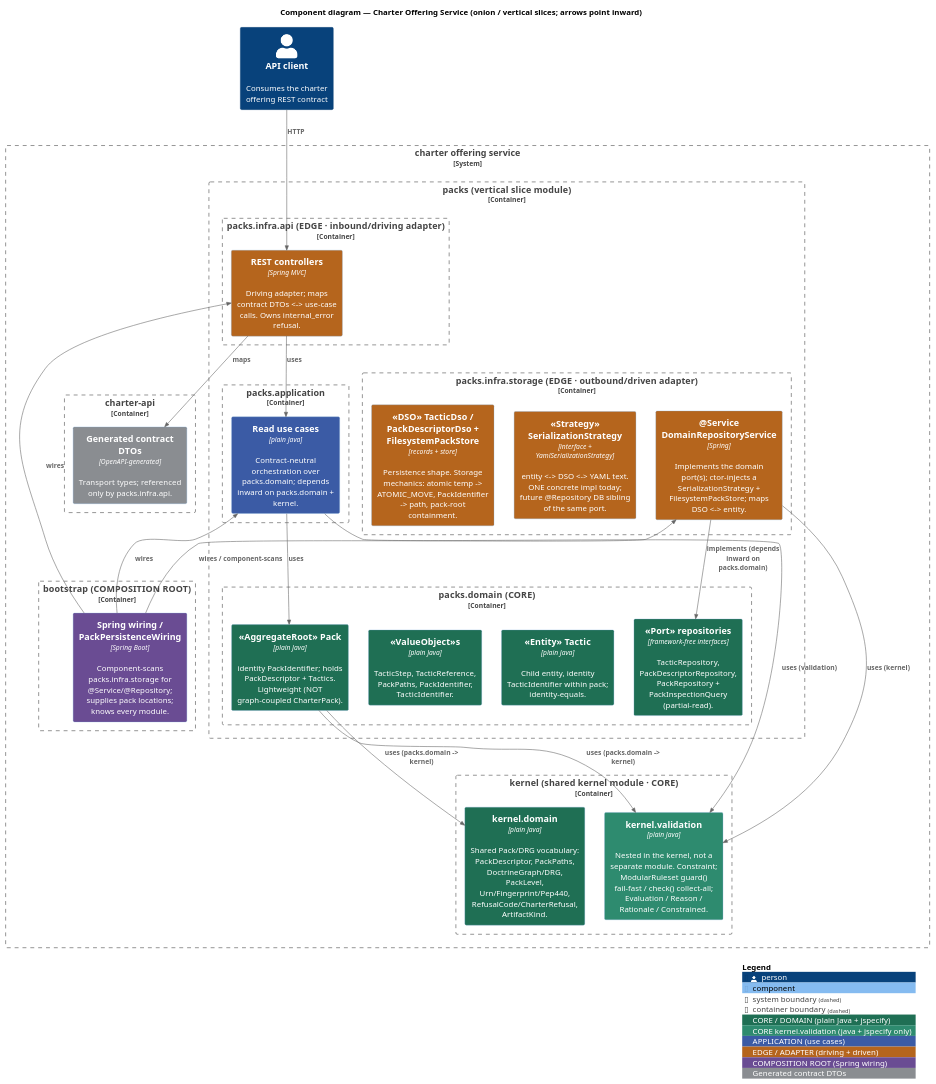
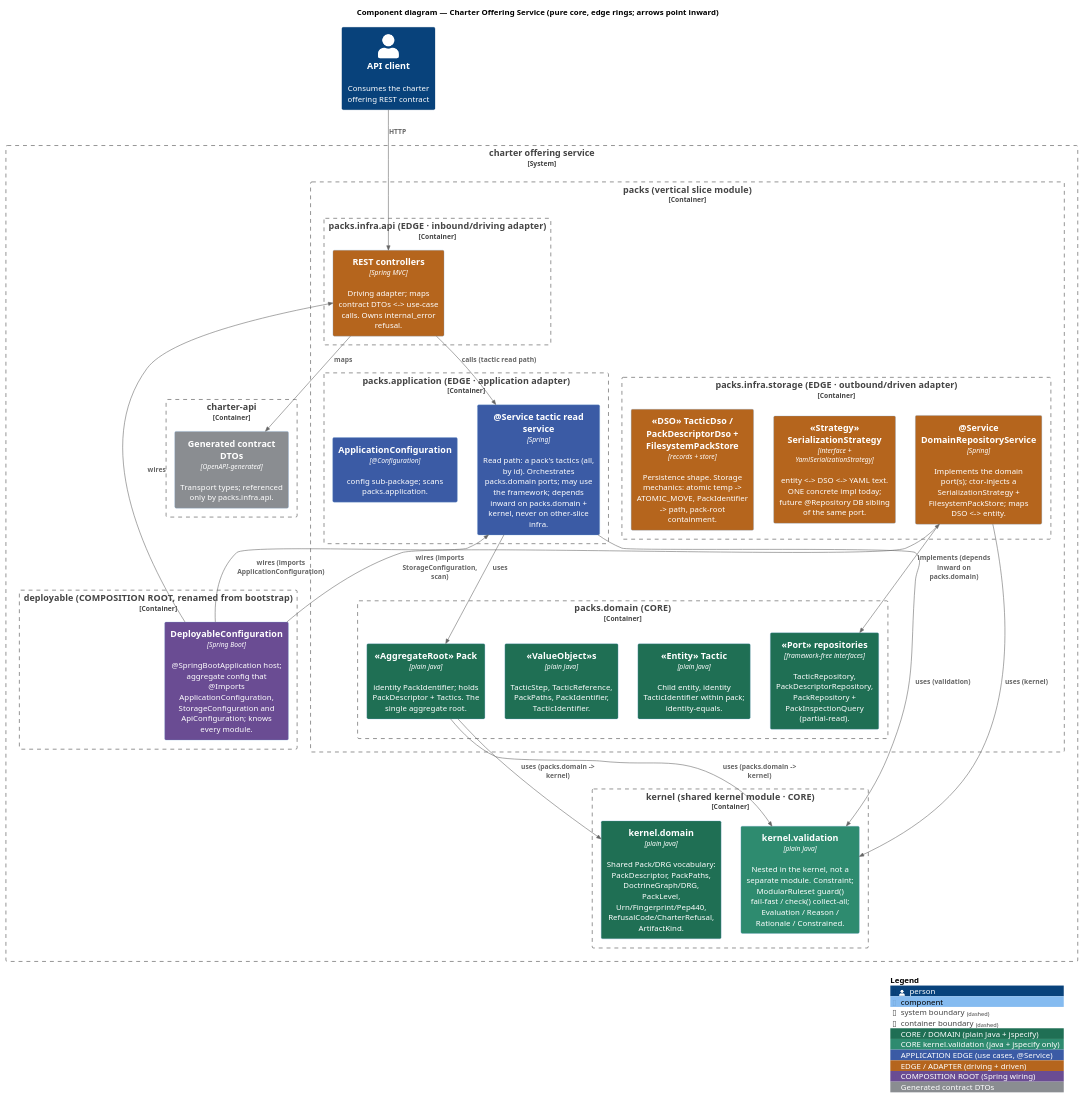
One commit to spec-kitty/spec-kitty-charter changed the diagram in docs/architecture/diagrams/c4-components.puml. Above: the diagram before and after it, drawn with PlantUML. The commit also changed 10 other files, not shown here.

First line of the commit message:
docs: ADR-0006 revision + DDD/architecture docs for application-as-edge

```diff
--- a/docs/architecture/diagrams/c4-components.puml
+++ b/docs/architecture/diagrams/c4-components.puml
@@ -1,71 +1,72 @@
 @startuml c4-components
 !include https://raw.githubusercontent.com/plantuml-stdlib/C4-PlantUML/v2.11.0/C4_Component.puml
 
-title Component diagram — Charter Offering Service (onion / vertical slices; arrows point inward)
+title Component diagram — Charter Offering Service (pure core, edge rings; arrows point inward)
 
 AddElementTag("core",        $bgColor="#1f6f54", $fontColor="#ffffff", $legendText="CORE / DOMAIN (plain Java + jspecify)")
 AddElementTag("validation",  $bgColor="#2e8b6f", $fontColor="#ffffff", $legendText="CORE kernel.validation (java + jspecify only)")
-AddElementTag("app",         $bgColor="#3b5ba5", $fontColor="#ffffff", $legendText="APPLICATION (use cases)")
+AddElementTag("app",         $bgColor="#3b5ba5", $fontColor="#ffffff", $legendText="APPLICATION EDGE (use cases, @Service)")
 AddElementTag("edge",        $bgColor="#b5651d", $fontColor="#ffffff", $legendText="EDGE / ADAPTER (driving + driven)")
 AddElementTag("root",        $bgColor="#6a4c93", $fontColor="#ffffff", $legendText="COMPOSITION ROOT (Spring wiring)")
 AddElementTag("contract",    $bgColor="#8a8d91", $fontColor="#ffffff", $legendText="Generated contract DTOs")
 
 Person(client, "API client", "Consumes the charter offering REST contract")
 
 System_Boundary(svc, "charter offering service") {
 
   Container_Boundary(kernel, "kernel  (shared kernel module · CORE)") {
     Component(kdomain, "kernel.domain", "plain Java", "Shared Pack/DRG vocabulary: PackDescriptor, PackPaths, DoctrineGraph/DRG, PackLevel, Urn/Fingerprint/Pep440, RefusalCode/CharterRefusal, ArtifactKind.", $tags="core")
     Component(kval, "kernel.validation", "plain Java", "Nested in the kernel, not a separate module. Constraint; ModularRuleset guard() fail-fast / check() collect-all; Evaluation / Reason / Rationale / Constrained.", $tags="validation")
   }
 
   Container_Boundary(packs, "packs  (vertical slice module)") {
 
     Container_Boundary(pdomain, "packs.domain  (CORE)") {
-      Component(pack, "«AggregateRoot» Pack", "plain Java", "identity PackIdentifier; holds PackDescriptor + Tactics. Lightweight (NOT graph-coupled CharterPack).", $tags="core")
+      Component(pack, "«AggregateRoot» Pack", "plain Java", "identity PackIdentifier; holds PackDescriptor + Tactics. The single aggregate root.", $tags="core")
       Component(tactic, "«Entity» Tactic", "plain Java", "Child entity, identity TacticIdentifier within pack; identity-equals.", $tags="core")
       Component(vos, "«ValueObject»s", "plain Java", "TacticStep, TacticReference, PackPaths, PackIdentifier, TacticIdentifier.", $tags="core")
       Component(ports, "«Port» repositories", "framework-free interfaces", "TacticRepository, PackDescriptorRepository, PackRepository + PackInspectionQuery (partial-read).", $tags="core")
     }
 
-    Container_Boundary(papp, "packs.application") {
-      Component(usecases, "Read use cases", "plain Java", "Contract-neutral orchestration over packs.domain; depends inward on packs.domain + kernel.", $tags="app")
+    Container_Boundary(papp, "packs.application  (EDGE · application adapter)") {
+      Component(usecases, "@Service tactic read service", "Spring", "Read path: a pack's tactics (all, by id). Orchestrates packs.domain ports; may use the framework; depends inward on packs.domain + kernel, never on other-slice infra.", $tags="app")
+      Component(appcfg, "ApplicationConfiguration", "@Configuration", "config sub-package; scans packs.application.", $tags="app")
     }
 
     Container_Boundary(pstore, "packs.infra.storage  (EDGE · outbound/driven adapter)") {
       Component(reposvc, "@Service DomainRepositoryService", "Spring", "Implements the domain port(s); ctor-injects a SerializationStrategy + FilesystemPackStore; maps DSO <-> entity.", $tags="edge")
       Component(strategy, "«Strategy» SerializationStrategy", "interface + YamlSerializationStrategy", "entity <-> DSO <-> YAML text. ONE concrete impl today; future @Repository DB sibling of the same port.", $tags="edge")
       Component(dso, "«DSO» TacticDso / PackDescriptorDso + FilesystemPackStore", "records + store", "Persistence shape. Storage mechanics: atomic temp -> ATOMIC_MOVE, PackIdentifier -> path, pack-root containment.", $tags="edge")
     }
 
     Container_Boundary(papi, "packs.infra.api  (EDGE · inbound/driving adapter)") {
       Component(rest, "REST controllers", "Spring MVC", "Driving adapter; maps contract DTOs <-> use-case calls. Owns internal_error refusal.", $tags="edge")
     }
   }
 
   Container_Boundary(apibnd, "charter-api") {
     Component(apidto, "Generated contract DTOs", "OpenAPI-generated", "Transport types; referenced only by packs.infra.api.", $tags="contract")
   }
 
-  Container_Boundary(rootb, "bootstrap  (COMPOSITION ROOT)") {
-    Component(boot, "Spring wiring / PackPersistenceWiring", "Spring Boot", "Component-scans packs.infra.storage for @Service/@Repository; supplies pack locations; knows every module.", $tags="root")
+  Container_Boundary(rootb, "deployable  (COMPOSITION ROOT, renamed from bootstrap)") {
+    Component(boot, "DeployableConfiguration", "Spring Boot", "@SpringBootApplication host; aggregate config that @Imports ApplicationConfiguration, StorageConfiguration and ApiConfiguration; knows every module.", $tags="root")
   }
 }
 
 Rel(client, rest, "HTTP")
 
-Rel(rest, usecases, "uses")
+Rel(rest, usecases, "calls (tactic read path)")
 Rel(rest, apidto, "maps")
 Rel_Down(usecases, pack, "uses")
 Rel_Down(usecases, kval, "uses (validation)")
 Rel_Down(pack, kval, "uses (packs.domain -> kernel)")
 Rel_Down(pack, kdomain, "uses (packs.domain -> kernel)")
 Rel(reposvc, ports, "implements (depends inward on packs.domain)")
 Rel(reposvc, kval, "uses (kernel)")
 
 Rel_U(boot, rest, "wires")
-Rel_U(boot, usecases, "wires")
-Rel_U(boot, reposvc, "wires / component-scans")
+Rel_U(boot, usecases, "wires (imports ApplicationConfiguration)")
+Rel_U(boot, reposvc, "wires (imports StorageConfiguration, scan)")
 
 SHOW_LEGEND()
 @enduml
```
